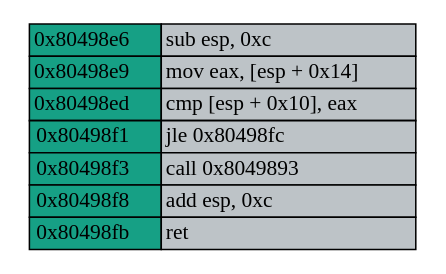
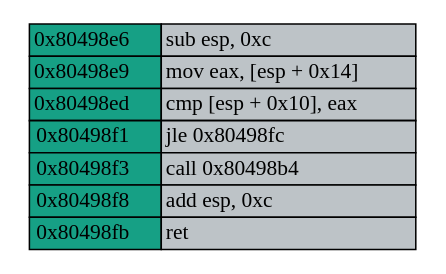
The diagram in VM/tools-paper/Examples/example-ineq-a>a+1/function_cfg.dot (Nicolnegg/researh), drawn with Graphviz before and after one commit. The commit also changed 57 other files, not shown here.

```diff
--- a/VM/tools-paper/Examples/example-ineq-a>a+1/function_cfg.dot
+++ b/VM/tools-paper/Examples/example-ineq-a>a+1/function_cfg.dot
@@ -1,16 +1,16 @@
 digraph G {
   node [shape=plaintext, ];
   937280693 [label=<<table border="0" cellspacing="0">
 <tr><td border="1" bgcolor="#16a085">0x80498e6</td><td border="1" bgcolor="#bdc3c7" align="left">sub esp, 0xc</td></tr>
 <tr><td border="1" bgcolor="#16a085">0x80498e9</td><td border="1" bgcolor="#bdc3c7" align="left">mov eax, [esp + 0x14]</td></tr>
 <tr><td border="1" bgcolor="#16a085">0x80498ed</td><td border="1" bgcolor="#bdc3c7" align="left">cmp [esp + 0x10], eax</td></tr>
 <tr><td border="1" bgcolor="#16a085">0x80498f1</td><td border="1" bgcolor="#bdc3c7" align="left">jle 0x80498fc</td></tr>
-<tr><td border="1" bgcolor="#16a085">0x80498f3</td><td border="1" bgcolor="#bdc3c7" align="left">call 0x8049893</td></tr>
+<tr><td border="1" bgcolor="#16a085">0x80498f3</td><td border="1" bgcolor="#bdc3c7" align="left">call 0x80498b4</td></tr>
 <tr><td border="1" bgcolor="#16a085">0x80498f8</td><td border="1" bgcolor="#bdc3c7" align="left">add esp, 0xc</td></tr>
 <tr><td border="1" bgcolor="#16a085">0x80498fb</td><td border="1" bgcolor="#bdc3c7" align="left">ret</td></tr>
 </table>>,
              ];
   
   
   
   }
```
